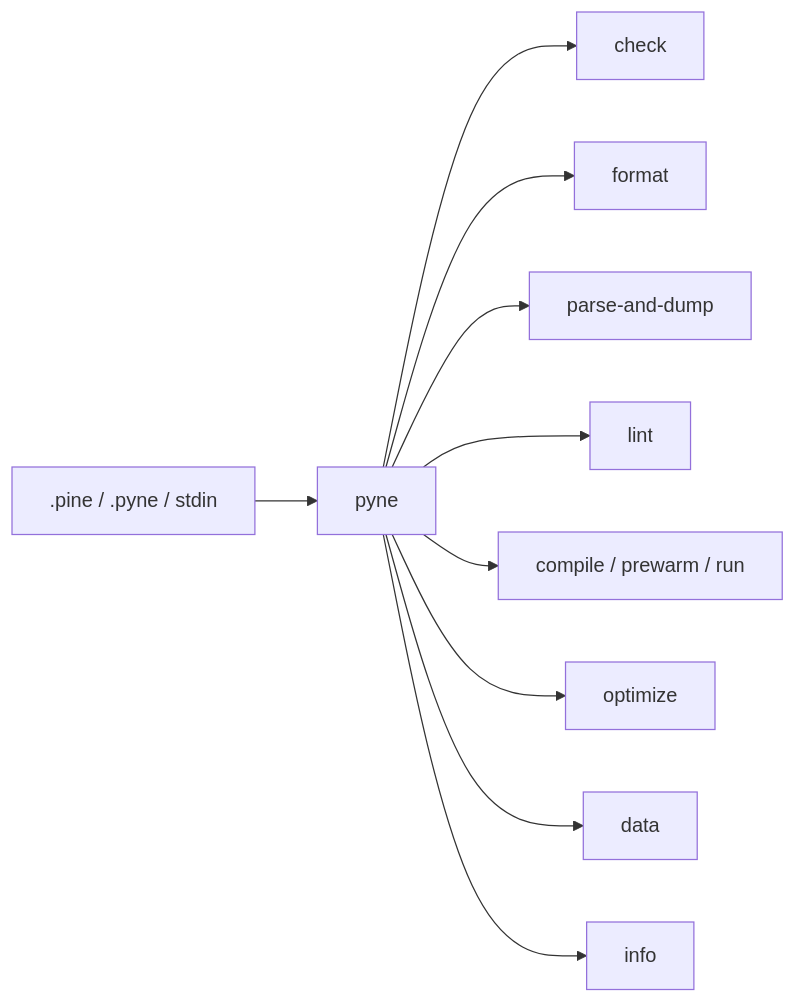
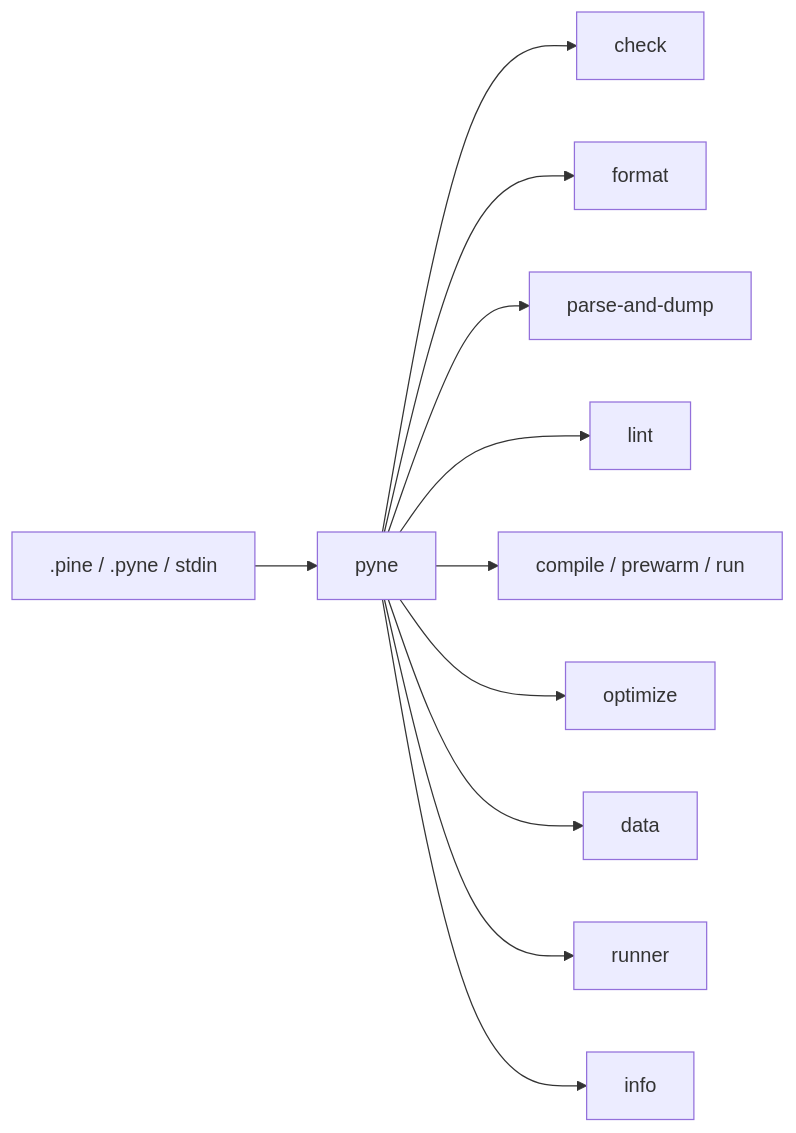
Before and after one commit to hoox-sh/pyne: the diagram in docs/pyne/enduser/guides/cli.mdx, drawn with Mermaid. The commit also changed other lines of this file and 19 other files, not shown here.

````diff
--- a/docs/pyne/enduser/guides/cli.mdx
+++ b/docs/pyne/enduser/guides/cli.mdx
@@ -33,12 +33,13 @@
 ```mermaid
 flowchart LR
   F[.pine / .pyne / stdin] --> C[pyne]
   C --> CH[check]
   C --> FMT[format]
   C --> D[parse-and-dump]
   C --> L[lint]
   C --> CO[compile / prewarm / run]
   C --> OPT[optimize]
   C --> M[data]
+  C --> RN[runner]
   C --> I[info]
 ```
````
